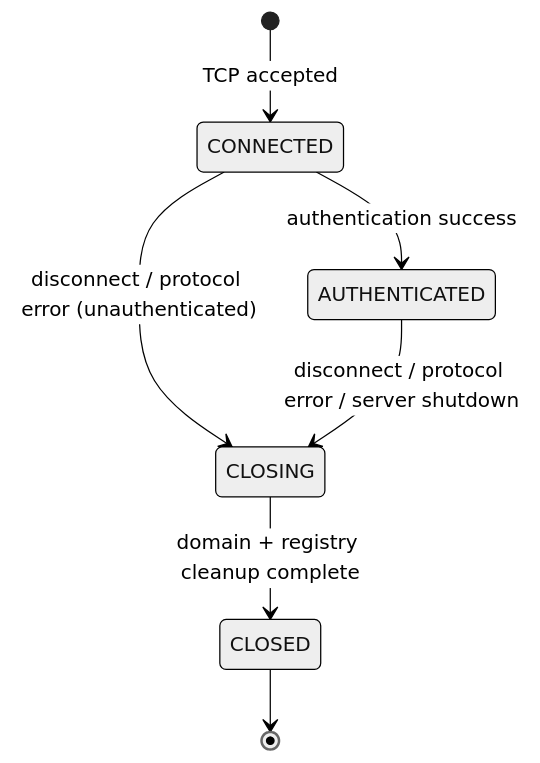
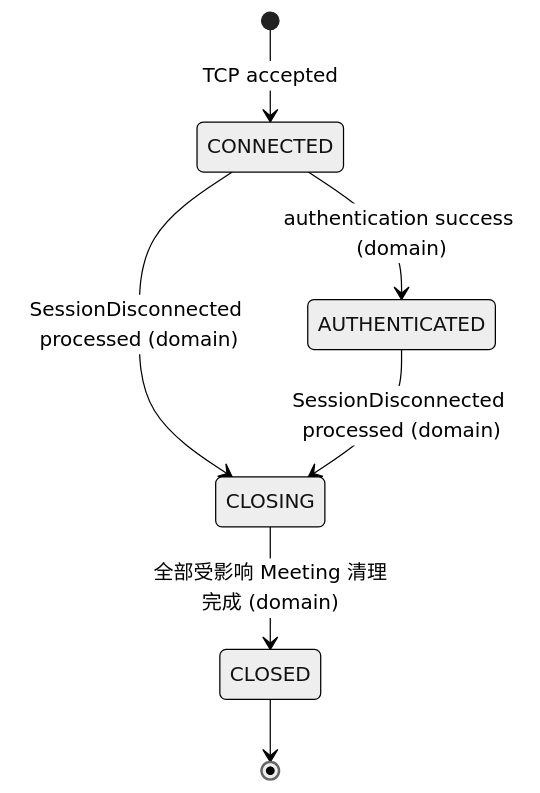
The first of 7 diagrams in docs/phase1/STEP-1.3-state-machines.md (tobeki/rtc-signaling-platform), drawn with Mermaid (neutral theme) before and after one commit. The commit also changed other lines of this file, not shown here.

Commit message:
docs(phase1): Step 1.3 design review fix - transport/domain split, disconnect fan-out, permission-before-idempotency

````diff
--- a/docs/phase1/STEP-1.3-state-machines.md
+++ b/docs/phase1/STEP-1.3-state-machines.md
@@ -86,9 +149,9 @@
 ```mermaid
 stateDiagram-v2
     [*] --> CONNECTED: TCP accepted
-    CONNECTED --> AUTHENTICATED: authentication success
-    CONNECTED --> CLOSING: disconnect / protocol error (unauthenticated)
-    AUTHENTICATED --> CLOSING: disconnect / protocol error / server shutdown
-    CLOSING --> CLOSED: domain + registry cleanup complete
+    CONNECTED --> AUTHENTICATED: authentication success (domain)
+    CONNECTED --> CLOSING: SessionDisconnected processed (domain)
+    AUTHENTICATED --> CLOSING: SessionDisconnected processed (domain)
+    CLOSING --> CLOSED: 全部受影响 Meeting 清理完成 (domain)
     CLOSED --> [*]
 ```
````
